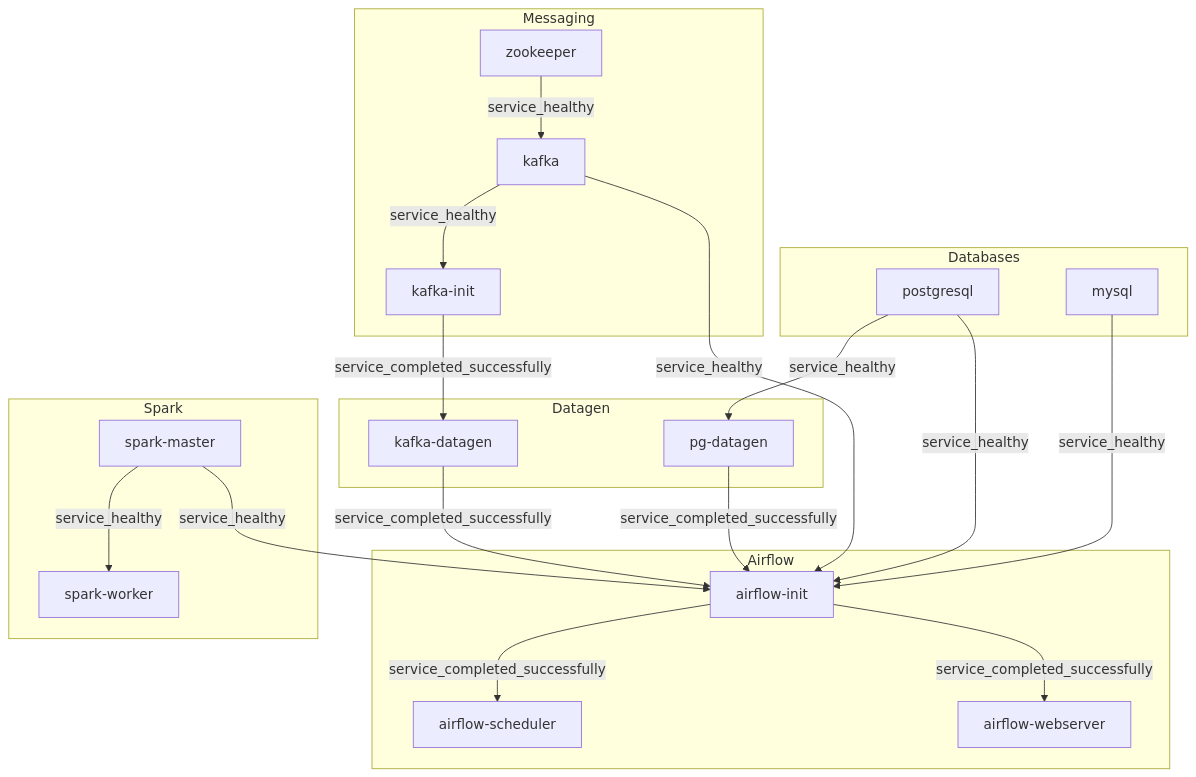
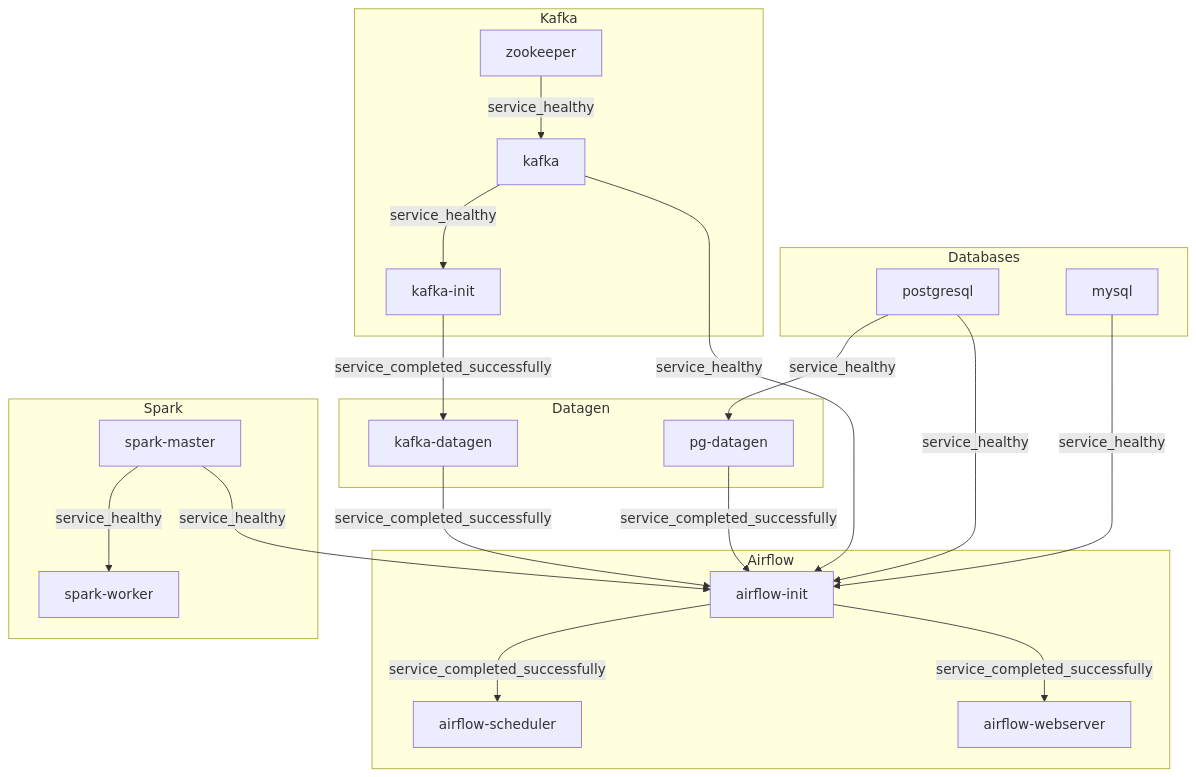
The diagram in README.md (avshapoval/python_de_finals), drawn with Mermaid before and after one commit.

````diff
--- a/README.md
+++ b/README.md
@@ -46,45 +46,45 @@
 ```mermaid
 graph TD
     PG[postgresql]
     MY[mysql]
     PGDG[pg-datagen]
     KDG[kafka-datagen]
     AI[airflow-init]
     AS[airflow-scheduler]
     AW[airflow-webserver]
     SM[spark-master]
     SW[spark-worker]
     ZK[zookeeper]
     KF[kafka]
     KI[kafka-init]
 
     subgraph Databases
         PG
         MY
     end
 
-    subgraph Messaging
+    subgraph Kafka
         ZK -->|service_healthy| KF
         KF -->|service_healthy| KI
     end
 
     subgraph Datagen
         PG -->|service_healthy| PGDG
         KI -->|service_completed_successfully| KDG
     end
 
     subgraph Spark
         SM -->|service_healthy| SW
     end
 
     subgraph Airflow
         PG -->|service_healthy| AI
         MY -->|service_healthy| AI
         SM -->|service_healthy| AI
         KF -->|service_healthy| AI
         PGDG -->|service_completed_successfully| AI
         KDG -->|service_completed_successfully| AI
         AI -->|service_completed_successfully| AS
         AI -->|service_completed_successfully| AW
     end
 ```
````
